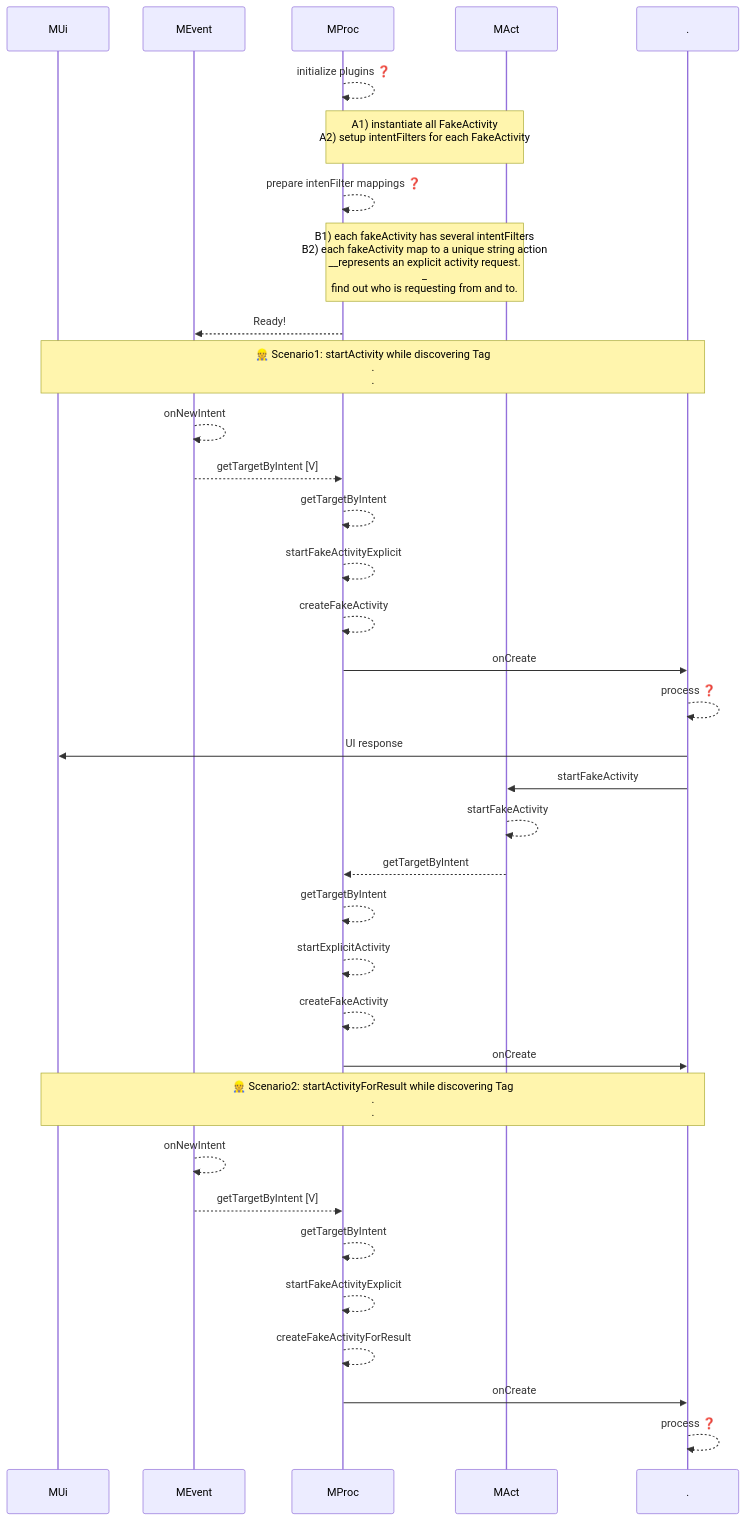
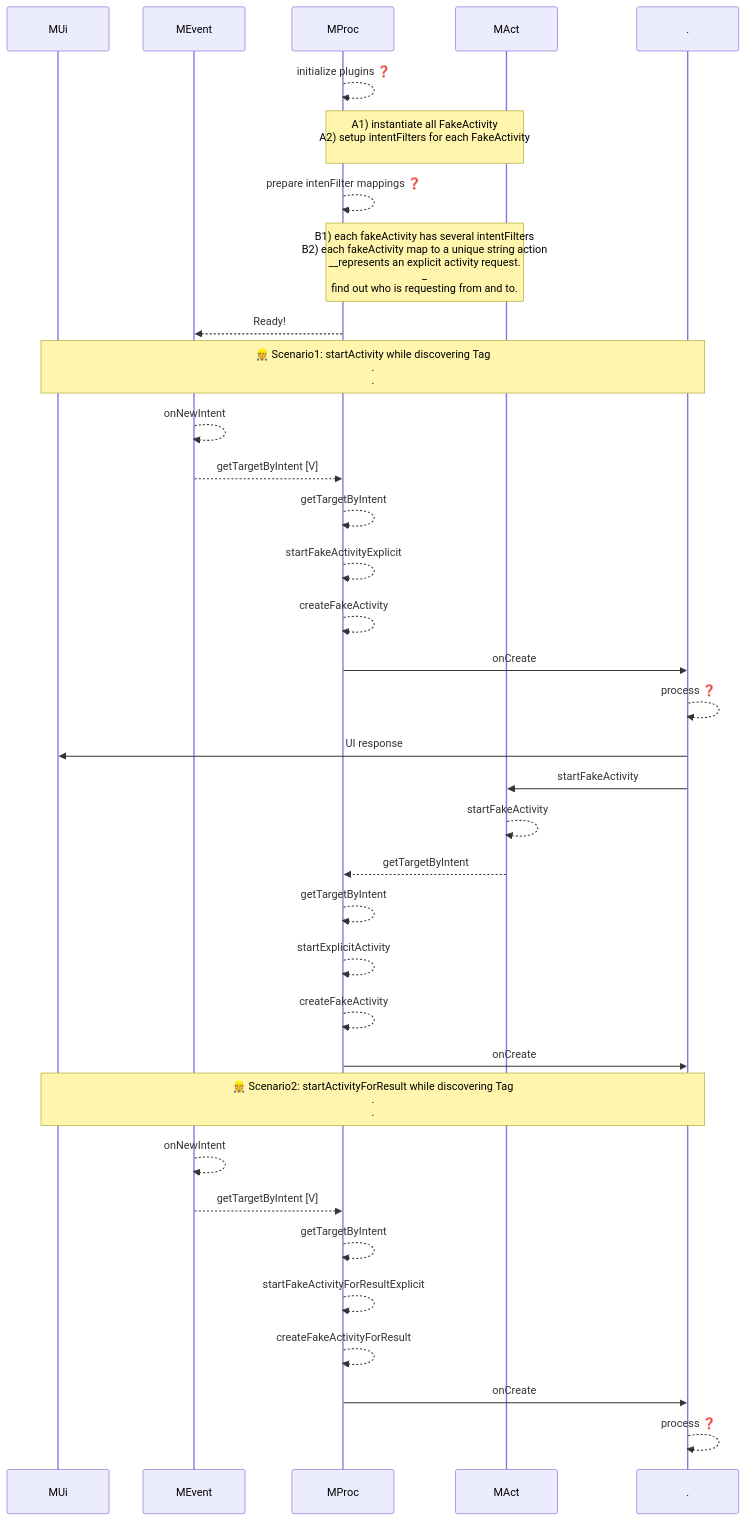
Before and after one commit to gordianknotC/nxp_note: the third of 7 diagrams in flutter/android_to_flutter.md, drawn with Mermaid. The commit also changed other lines of this file, not shown here.

Commit message:
flutter/android_to_flutter.md updated from https://stackedit.io/

````diff
--- a/flutter/android_to_flutter.md
+++ b/flutter/android_to_flutter.md
@@ -52,49 +52,49 @@
 ```mermaid
 sequenceDiagram
 participant MUi
 participant MEvent
 participant MProc
 participant MAct
 participant .
 
 MProc-->>MProc: initialize plugins ❓
 Note over MProc,MAct: A1) instantiate all FakeActivity<br>A2) setup intentFilters for each FakeActivity<br>
 
 MProc-->>MProc: prepare intenFilter mappings ❓
 
 Note over MProc, MAct: B1) each fakeActivity has several intentFilters<br>B2) each fakeActivity map to a unique string action<br>__represents an explicit activity request.<br>_<br> find out who is requesting from and to.
 
 MProc-->>MEvent: Ready!
 
 
 Note over MUi, .: 👷 Scenario1: startActivity while discovering Tag<br>.<br>.
 MEvent-->>MEvent: onNewIntent
 
 MEvent-->>MProc: getTargetByIntent [V]
 MProc-->>MProc: getTargetByIntent
 MProc-->>MProc: startFakeActivityExplicit
 MProc-->>MProc: createFakeActivity
 MProc->> . : onCreate
 . -->> . : process ❓
 . ->> MUi: UI response
 . ->> MAct: startFakeActivity
 MAct -->> MAct: startFakeActivity
 MAct -->> MProc: getTargetByIntent
 MProc -->> MProc: getTargetByIntent
 MProc -->> MProc: startExplicitActivity
 MProc -->> MProc: createFakeActivity
 MProc ->> . : onCreate
 
 
 Note over MUi, .: 👷 Scenario2: startActivityForResult while discovering Tag<br>.<br>.
 MEvent-->>MEvent: onNewIntent
 MEvent-->>MProc: getTargetByIntent [V]
 MProc-->>MProc: getTargetByIntent
-MProc-->>MProc: startFakeActivityExplicit
+MProc-->>MProc: startFakeActivityForResultExplicit
 MProc-->>MProc: createFakeActivityForResult
 MProc->> . : onCreate
 . -->> . : process ❓
 
 
 
 ```
````
